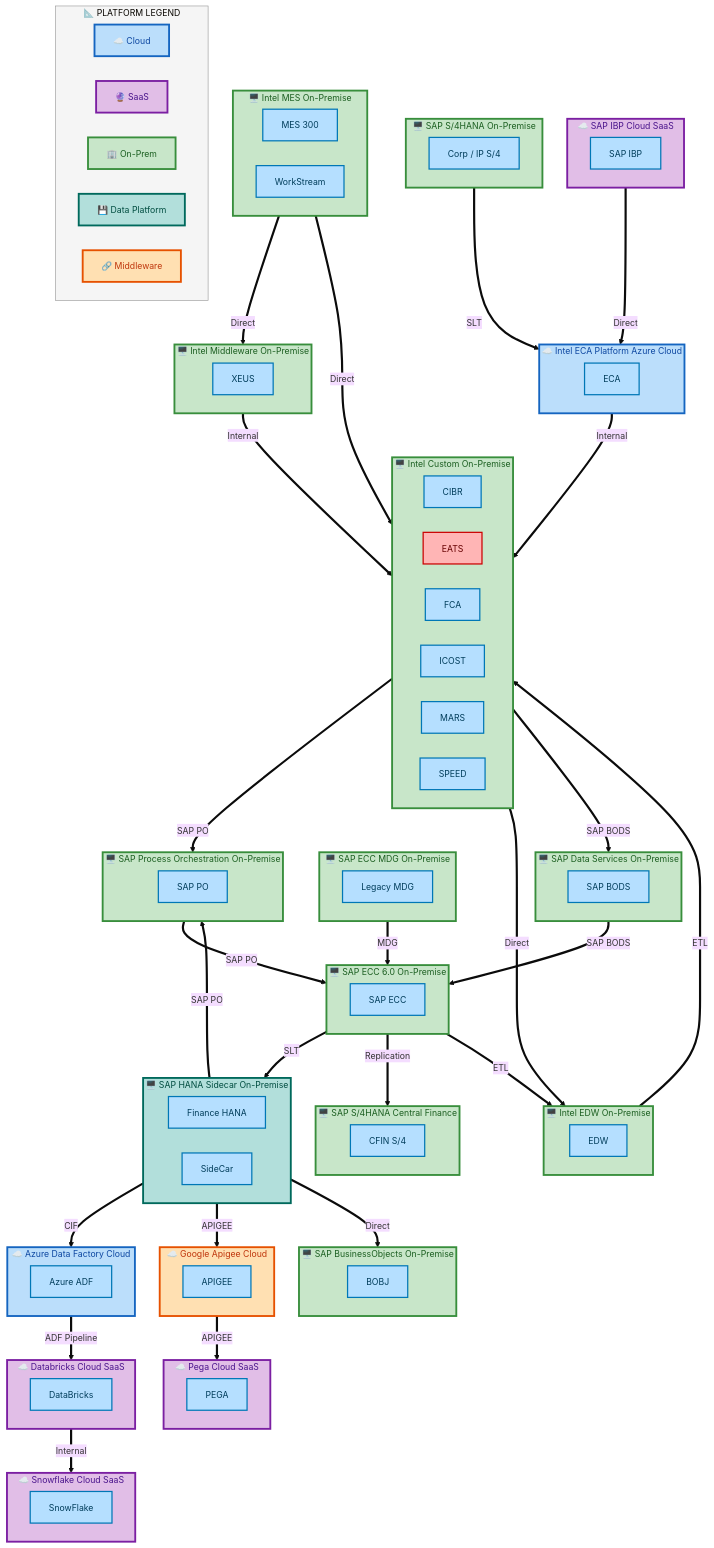
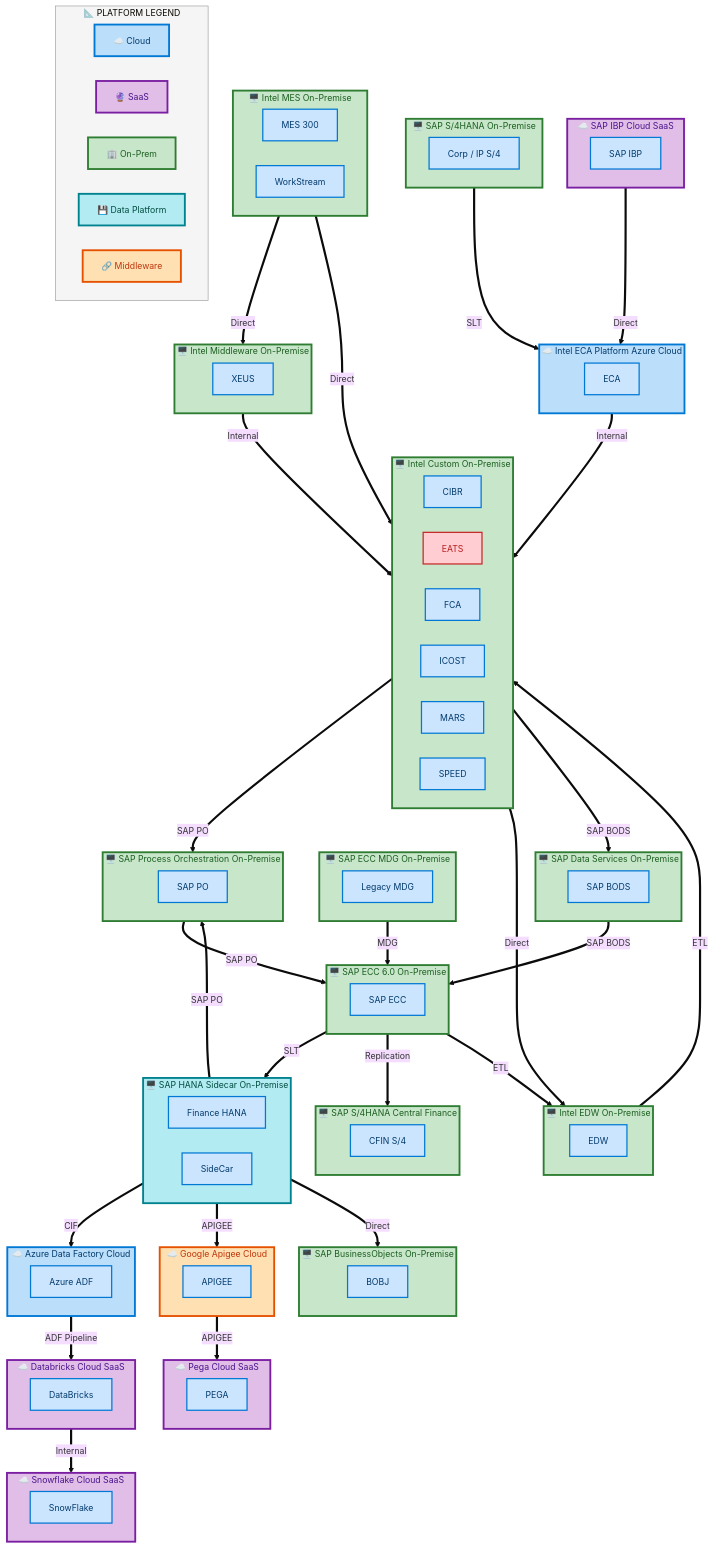
One commit to sajivfrancis777/IAO-Architecture changed the third of 6 diagrams in towers/FPR/output/docs/summaries/L0-FPR-Summary.md. Above: the diagram before and after it, drawn with Mermaid. The commit also changed other lines of this file and 12 other files, not shown here.

````diff
--- a/towers/FPR/output/docs/summaries/L0-FPR-Summary.md
+++ b/towers/FPR/output/docs/summaries/L0-FPR-Summary.md
@@ -412,15 +422,15 @@
 ```mermaid
 %%{init: {"theme": "base", "securityLevel": "loose", "themeVariables": {"fontSize": "14px", "fontFamily": "Segoe UI, Arial"}, "flowchart": {"useMaxWidth": false, "htmlLabels": true, "nodeSpacing": 40, "rankSpacing": 50}} }%%
 flowchart TB
-    classDef appBox fill:#B5DFFF,stroke:#0077B6,stroke-width:2px,color:#003D5B
-    classDef platBox fill:#C8E6C9,stroke:#388E3C,stroke-width:3px,color:#1B5E20
-    classDef eolBox fill:#FFB5B5,stroke:#CC0000,stroke-width:2px,color:#660000
+    classDef appBox fill:#CCE5FF,stroke:#0078D4,stroke-width:2px,color:#003A6C
+    classDef platBox fill:#C8E6C9,stroke:#2E7D32,stroke-width:3px,color:#1B5E20
+    classDef eolBox fill:#FFCDD2,stroke:#C62828,stroke-width:2px,color:#B71C1C
 
     subgraph SCPP_Azure_Data_Factory_Cloud["☁️ Azure Data Factory Cloud"]
         direction LR
         SCPA_Azure_ADF["Azure ADF"]:::appBox
     end
-    style SCPP_Azure_Data_Factory_Cloud fill:#BBDEFB,stroke:#1565C0,stroke-width:3px,color:#0D47A1
+    style SCPP_Azure_Data_Factory_Cloud fill:#BBDEFB,stroke:#0078D4,stroke-width:3px,color:#003A6C
 
     subgraph SCPP_Databricks_Cloud_SaaS["☁️ Databricks Cloud SaaS"]
         direction LR
@@ -443,32 +453,32 @@
         SCPA_MARS["MARS"]:::appBox
         SCPA_SPEED["SPEED"]:::appBox
     end
-    style SCPP_Intel_Custom_On_Premise fill:#C8E6C9,stroke:#388E3C,stroke-width:3px,color:#1B5E20
+    style SCPP_Intel_Custom_On_Premise fill:#C8E6C9,stroke:#2E7D32,stroke-width:3px,color:#1B5E20
 
     subgraph SCPP_Intel_ECA_Platform_Azure_Cloud["☁️ Intel ECA Platform Azure Cloud"]
         direction LR
         SCPA_ECA["ECA"]:::appBox
     end
-    style SCPP_Intel_ECA_Platform_Azure_Cloud fill:#BBDEFB,stroke:#1565C0,stroke-width:3px,color:#0D47A1
+    style SCPP_Intel_ECA_Platform_Azure_Cloud fill:#BBDEFB,stroke:#0078D4,stroke-width:3px,color:#003A6C
 
     subgraph SCPP_Intel_EDW_On_Premise["🖥️ Intel EDW On-Premise"]
         direction LR
         SCPA_EDW["EDW"]:::appBox
     end
-    style SCPP_Intel_EDW_On_Premise fill:#C8E6C9,stroke:#388E3C,stroke-width:3px,color:#1B5E20
+    style SCPP_Intel_EDW_On_Premise fill:#C8E6C9,stroke:#2E7D32,stroke-width:3px,color:#1B5E20
 
     subgraph SCPP_Intel_MES_On_Premise["🖥️ Intel MES On-Premise"]
         direction LR
         SCPA_MES_300["MES 300"]:::appBox
         SCPA_WorkStream["WorkStream"]:::appBox
     end
-    style SCPP_Intel_MES_On_Premise fill:#C8E6C9,stroke:#388E3C,stroke-width:3px,color:#1B5E20
+    style SCPP_Intel_MES_On_Premise fill:#C8E6C9,stroke:#2E7D32,stroke-width:3px,color:#1B5E20
 
     subgraph SCPP_Intel_Middleware_On_Premise["🖥️ Intel Middleware On-Premise"]
         direction LR
         SCPA_XEUS["XEUS"]:::appBox
     end
-    style SCPP_Intel_Middleware_On_Premise fill:#C8E6C9,stroke:#388E3C,stroke-width:3px,color:#1B5E20
+    style SCPP_Intel_Middleware_On_Premise fill:#C8E6C9,stroke:#2E7D32,stroke-width:3px,color:#1B5E20
 
     subgraph SCPP_Pega_Cloud_SaaS["☁️ Pega Cloud SaaS"]
         direction LR
@@ -480,32 +490,32 @@
         direction LR
         SCPA_BOBJ["BOBJ"]:::appBox
     end
-    style SCPP_SAP_BusinessObjects_On_Premise fill:#C8E6C9,stroke:#388E3C,stroke-width:3px,color:#1B5E20
+    style SCPP_SAP_BusinessObjects_On_Premise fill:#C8E6C9,stroke:#2E7D32,stroke-width:3px,color:#1B5E20
 
     subgraph SCPP_SAP_Data_Services_On_Premise["🖥️ SAP Data Services On-Premise"]
         direction LR
         SCPA_SAP_BODS["SAP BODS"]:::appBox
     end
-    style SCPP_SAP_Data_Services_On_Premise fill:#C8E6C9,stroke:#388E3C,stroke-width:3px,color:#1B5E20
+    style SCPP_SAP_Data_Services_On_Premise fill:#C8E6C9,stroke:#2E7D32,stroke-width:3px,color:#1B5E20
 
     subgraph SCPP_SAP_ECC_6_0_On_Premise["🖥️ SAP ECC 6.0 On-Premise"]
         direction LR
         SCPA_SAP_ECC["SAP ECC"]:::appBox
     end
-    style SCPP_SAP_ECC_6_0_On_Premise fill:#C8E6C9,stroke:#388E3C,stroke-width:3px,color:#1B5E20
+    style SCPP_SAP_ECC_6_0_On_Premise fill:#C8E6C9,stroke:#2E7D32,stroke-width:3px,color:#1B5E20
 
     subgraph SCPP_SAP_ECC_MDG_On_Premise["🖥️ SAP ECC MDG On-Premise"]
         direction LR
         SCPA_Legacy_MDG["Legacy MDG"]:::appBox
     end
-    style SCPP_SAP_ECC_MDG_On_Premise fill:#C8E6C9,stroke:#388E3C,stroke-width:3px,color:#1B5E20
+    style SCPP_SAP_ECC_MDG_On_Premise fill:#C8E6C9,stroke:#2E7D32,stroke-width:3px,color:#1B5E20
 
     subgraph SCPP_SAP_HANA_Sidecar_On_Premise["🖥️ SAP HANA Sidecar On-Premise"]
         direction LR
         SCPA_Finance_HANA["Finance HANA"]:::appBox
         SCPA_SideCar["SideCar"]:::appBox
     end
-    style SCPP_SAP_HANA_Sidecar_On_Premise fill:#B2DFDB,stroke:#00695C,stroke-width:3px,color:#004D40
+    style SCPP_SAP_HANA_Sidecar_On_Premise fill:#B2EBF2,stroke:#00838F,stroke-width:3px,color:#004D40
 
     subgraph SCPP_SAP_IBP_Cloud_SaaS["☁️ SAP IBP Cloud SaaS"]
         direction LR
@@ -517,19 +527,19 @@
         direction LR
         SCPA_SAP_PO["SAP PO"]:::appBox
     end
-    style SCPP_SAP_Process_Orchestration_On_Premise fill:#C8E6C9,stroke:#388E3C,stroke-width:3px,color:#1B5E20
+    style SCPP_SAP_Process_Orchestration_On_Premise fill:#C8E6C9,stroke:#2E7D32,stroke-width:3px,color:#1B5E20
 
     subgraph SCPP_SAP_S_4HANA_Central_Finance["🖥️ SAP S/4HANA Central Finance"]
         direction LR
         SCPA_CFIN_S_4["CFIN S/4"]:::appBox
     end
-    style SCPP_SAP_S_4HANA_Central_Finance fill:#C8E6C9,stroke:#388E3C,stroke-width:3px,color:#1B5E20
+    style SCPP_SAP_S_4HANA_Central_Finance fill:#C8E6C9,stroke:#2E7D32,stroke-width:3px,color:#1B5E20
 
     subgraph SCPP_SAP_S_4HANA_On_Premise["🖥️ SAP S/4HANA On-Premise"]
         direction LR
         SCPA_Corp_IP_S_4["Corp / IP S/4"]:::appBox
     end
-    style SCPP_SAP_S_4HANA_On_Premise fill:#C8E6C9,stroke:#388E3C,stroke-width:3px,color:#1B5E20
+    style SCPP_SAP_S_4HANA_On_Premise fill:#C8E6C9,stroke:#2E7D32,stroke-width:3px,color:#1B5E20
 
     subgraph SCPP_Snowflake_Cloud_SaaS["☁️ Snowflake Cloud SaaS"]
         direction LR
@@ -570,9 +580,9 @@
         SCPLM["🔗 Middleware"]
     end
     style SCPLegend fill:#F5F5F5,stroke:#999,stroke-width:1px
-    style SCPLC fill:#BBDEFB,stroke:#1565C0,stroke-width:3px,color:#0D47A1
+    style SCPLC fill:#BBDEFB,stroke:#0078D4,stroke-width:3px,color:#003A6C
     style SCPLS fill:#E1BEE7,stroke:#7B1FA2,stroke-width:3px,color:#4A148C
-    style SCPLO fill:#C8E6C9,stroke:#388E3C,stroke-width:3px,color:#1B5E20
-    style SCPLD fill:#B2DFDB,stroke:#00695C,stroke-width:3px,color:#004D40
+    style SCPLO fill:#C8E6C9,stroke:#2E7D32,stroke-width:3px,color:#1B5E20
+    style SCPLD fill:#B2EBF2,stroke:#00838F,stroke-width:3px,color:#004D40
     style SCPLM fill:#FFE0B2,stroke:#E65100,stroke-width:3px,color:#BF360C
 ```
````
